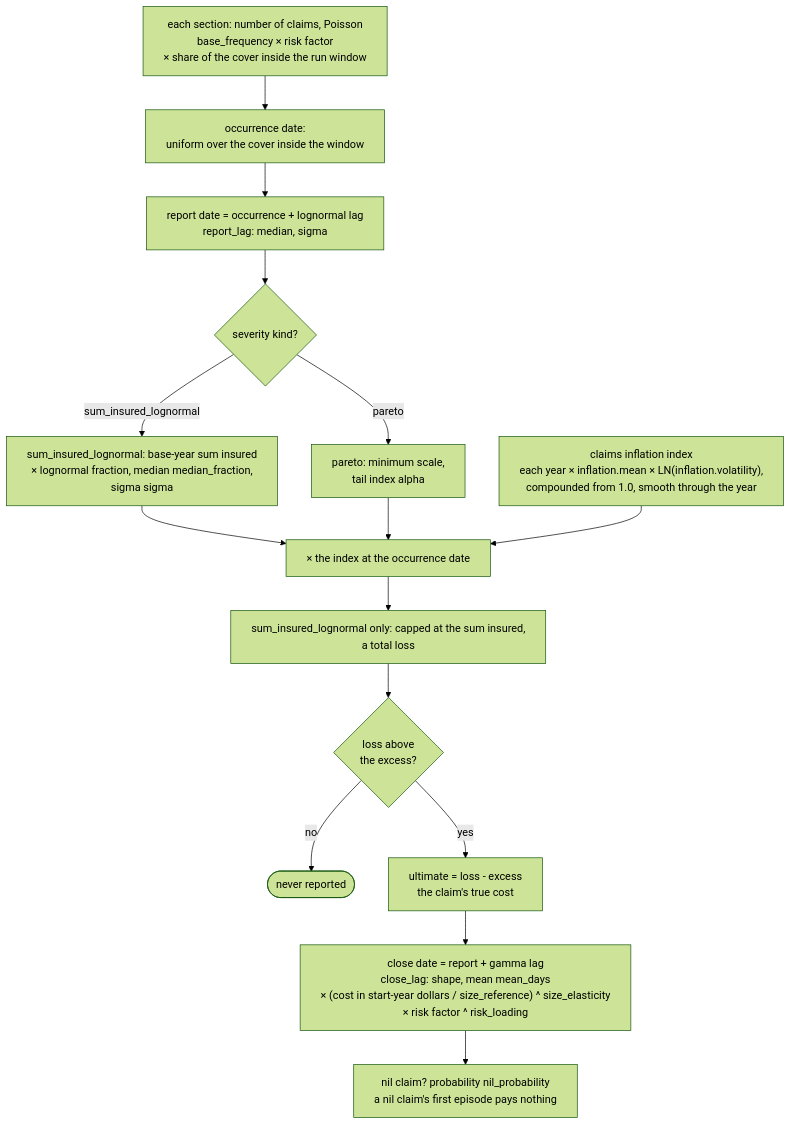
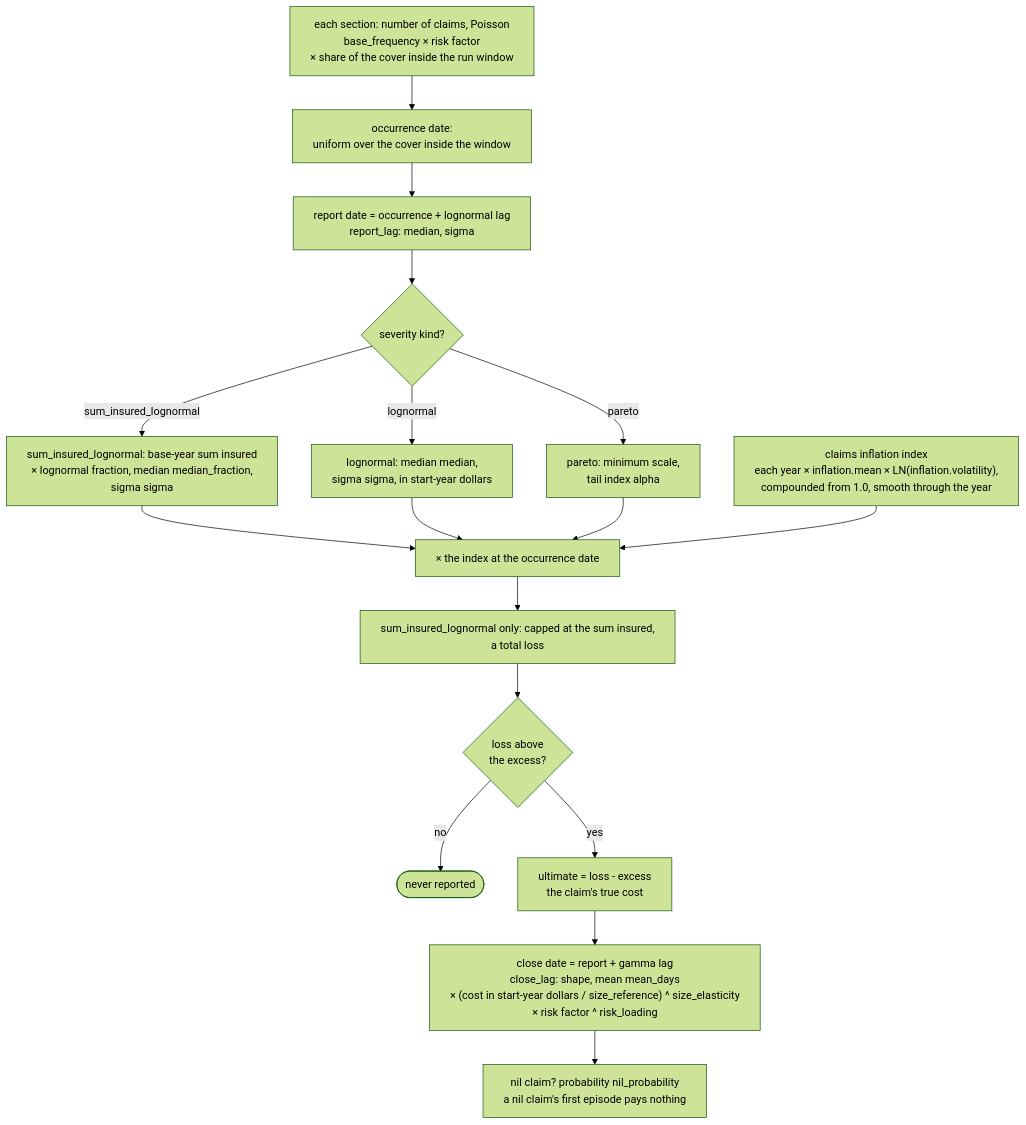
The fourth of 10 diagrams in README.md (le-marais/claims-data-generator), drawn with Mermaid (forest theme) before and after one commit. The commit also changed other lines of this file and 11 other files, not shown here.

````diff
--- a/README.md
+++ b/README.md
@@ -142,27 +142,30 @@
 ```mermaid
 %%{init: {"flowchart": {"wrappingWidth": 480}}}%%
 flowchart TD
     count["each section: number of claims, Poisson<br/>base_frequency × risk factor<br/>× share of the cover inside the run window"]
     occurrence["occurrence date:<br/>uniform over the cover inside the window"]
     report["report date = occurrence + lognormal lag<br/>report_lag: median, sigma"]
     kind{"severity kind?"}
     siLoss["sum_insured_lognormal: base-year sum insured<br/>× lognormal fraction, median median_fraction,<br/>sigma sigma"]
+    lognormalLoss["lognormal: median median,<br/>sigma sigma, in start-year dollars"]
     paretoLoss["pareto: minimum scale,<br/>tail index alpha"]
     index["claims inflation index<br/>each year × inflation.mean × LN(inflation.volatility),<br/>compounded from 1.0, smooth through the year"]
     trended["× the index at the occurrence date"]
     cap["sum_insured_lognormal only: capped at the sum insured,<br/>a total loss"]
     pierce{"loss above<br/>the excess?"}
     dropped(["never reported"])
     ultimate["ultimate = loss - excess<br/>the claim's true cost"]
     closeDate["close date = report + gamma lag<br/>close_lag: shape, mean mean_days<br/>× (cost in start-year dollars / size_reference) ^ size_elasticity<br/>× risk factor ^ risk_loading"]
     nilFlag["nil claim? probability nil_probability<br/>a nil claim's first episode pays nothing"]
     count --> occurrence --> report --> kind
     kind -- "sum_insured_lognormal" --> siLoss
+    kind -- "lognormal" --> lognormalLoss
     kind -- "pareto" --> paretoLoss
     siLoss --> trended
+    lognormalLoss --> trended
     paretoLoss --> trended
     index --> trended
     trended --> cap --> pierce
     pierce -- "no" --> dropped
     pierce -- "yes" --> ultimate --> closeDate --> nilFlag
 ```
````
